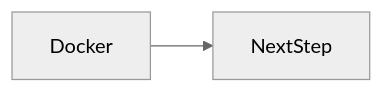
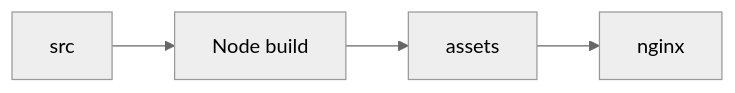
Before and after one commit to OmidJavaherii/Frontend-Engineering-Handbook: the second of 2 diagrams in docs/en/19-deployment/docker/index.md, drawn with Mermaid (neutral theme). The commit also changed other lines of this file and 461 other files, not shown here.

````diff
--- a/docs/en/19-deployment/docker/index.md
+++ b/docs/en/19-deployment/docker/index.md
@@ -94,4 +115,6 @@
 ```mermaid
 flowchart LR
-  concept[Docker] --> nextStep[NextStep]
+  src --> build[Node build]
+  build --> assets
+  assets --> nginx
 ```
````
